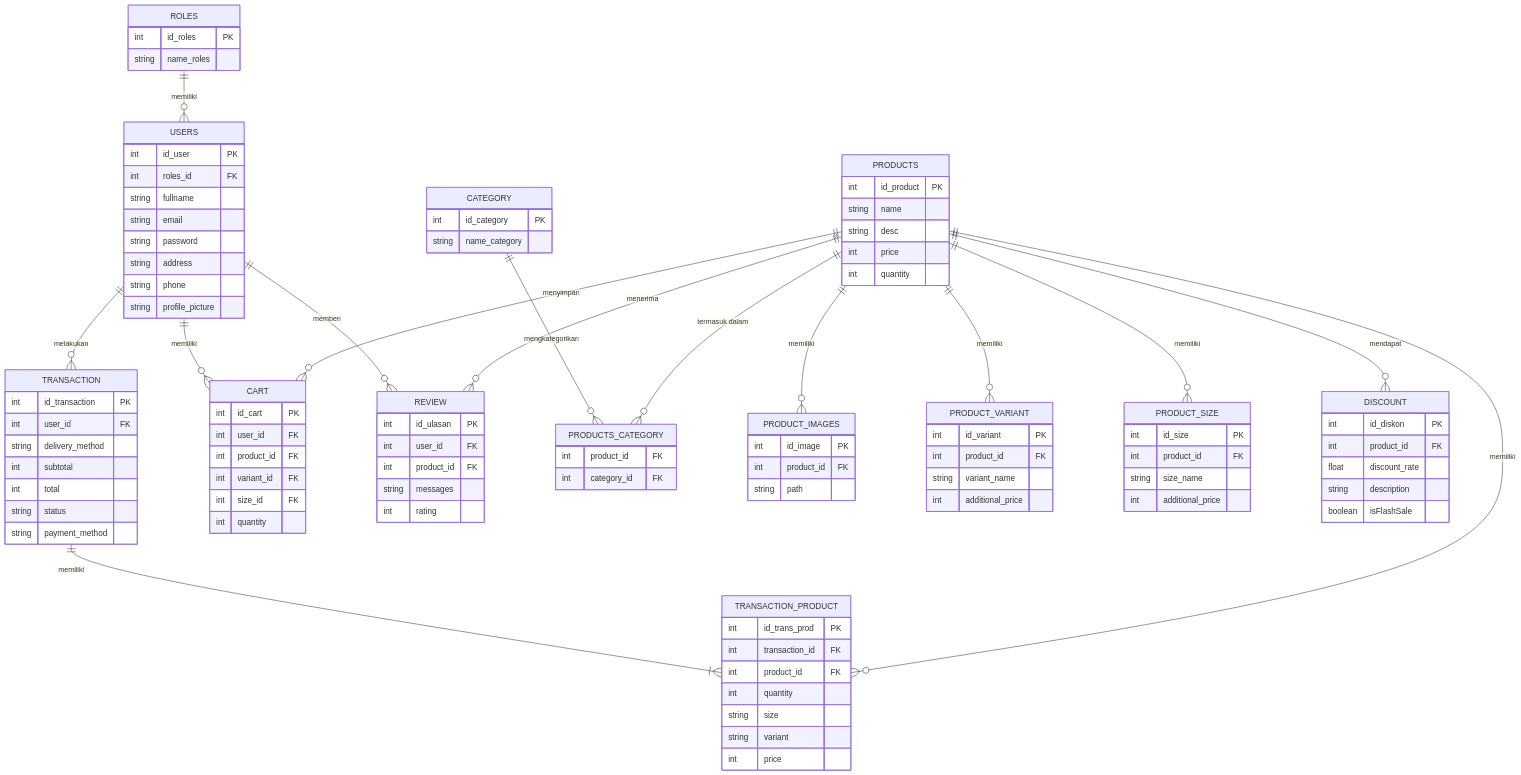
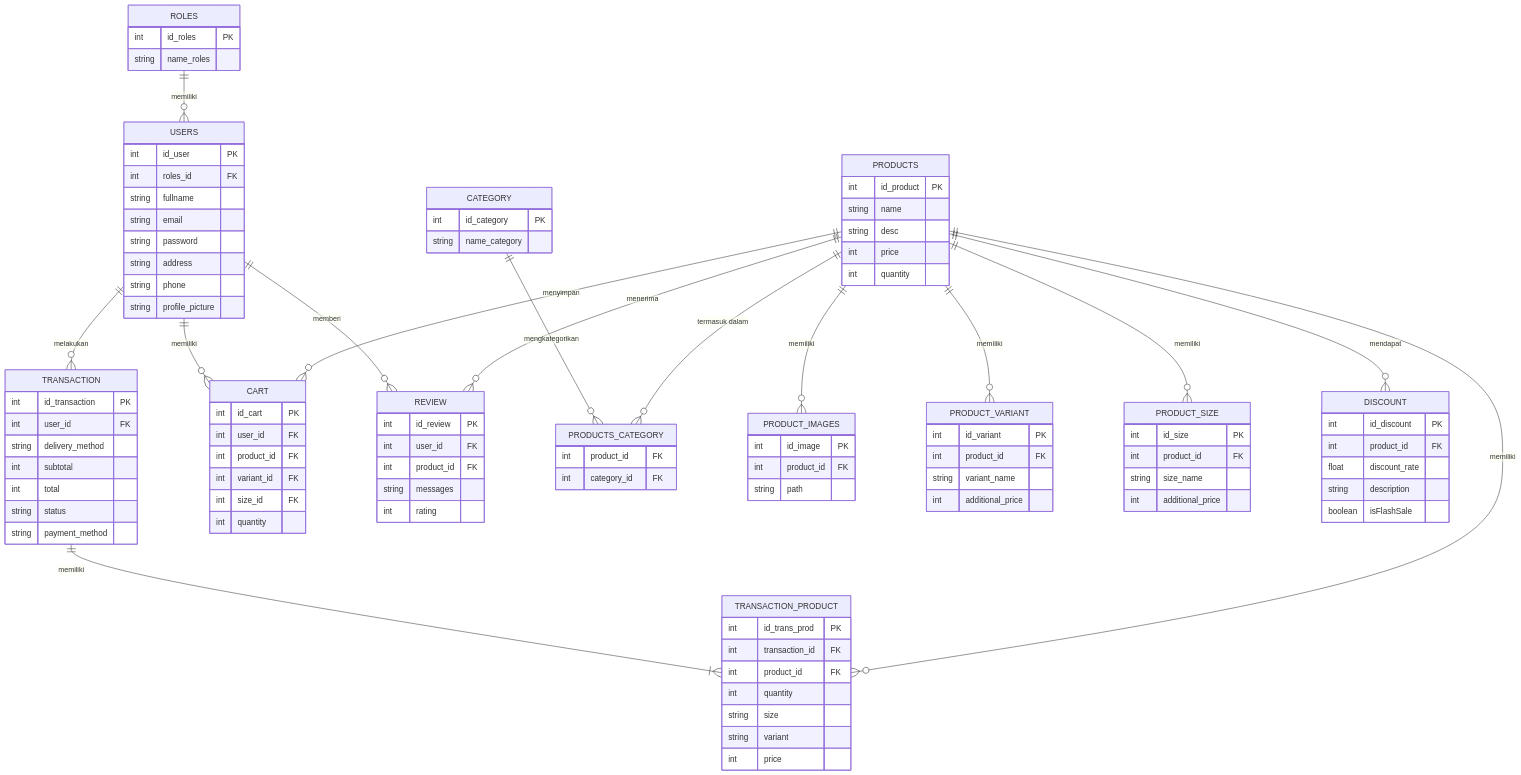
One commit to Vincentius31/koda-b6-db changed the diagram in README.md. Above: the diagram before and after it, drawn with Mermaid.

Commit message:
fix: fixing the typo

```diff
--- a/README.md
+++ b/README.md
@@ -55,7 +55,7 @@
     }
 
     DISCOUNT {
-        int id_diskon PK
+        int id_discount PK
         int product_id FK
         float discount_rate
         string description
@@ -106,7 +106,7 @@
     }
 
     REVIEW {
-        int id_ulasan PK
+        int id_review PK
         int user_id FK
         int product_id FK
         string messages
```
